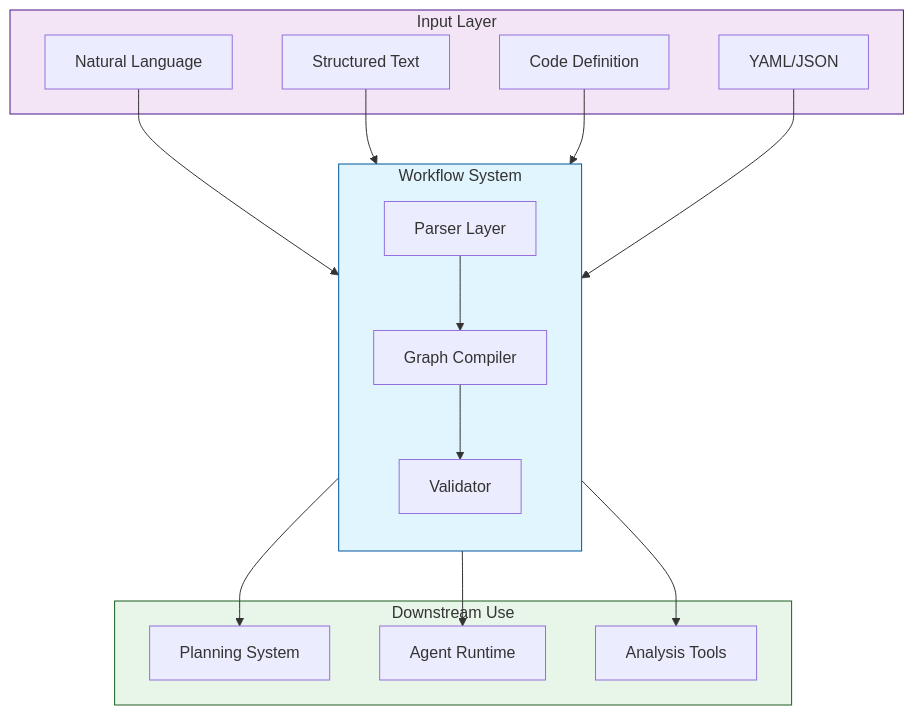
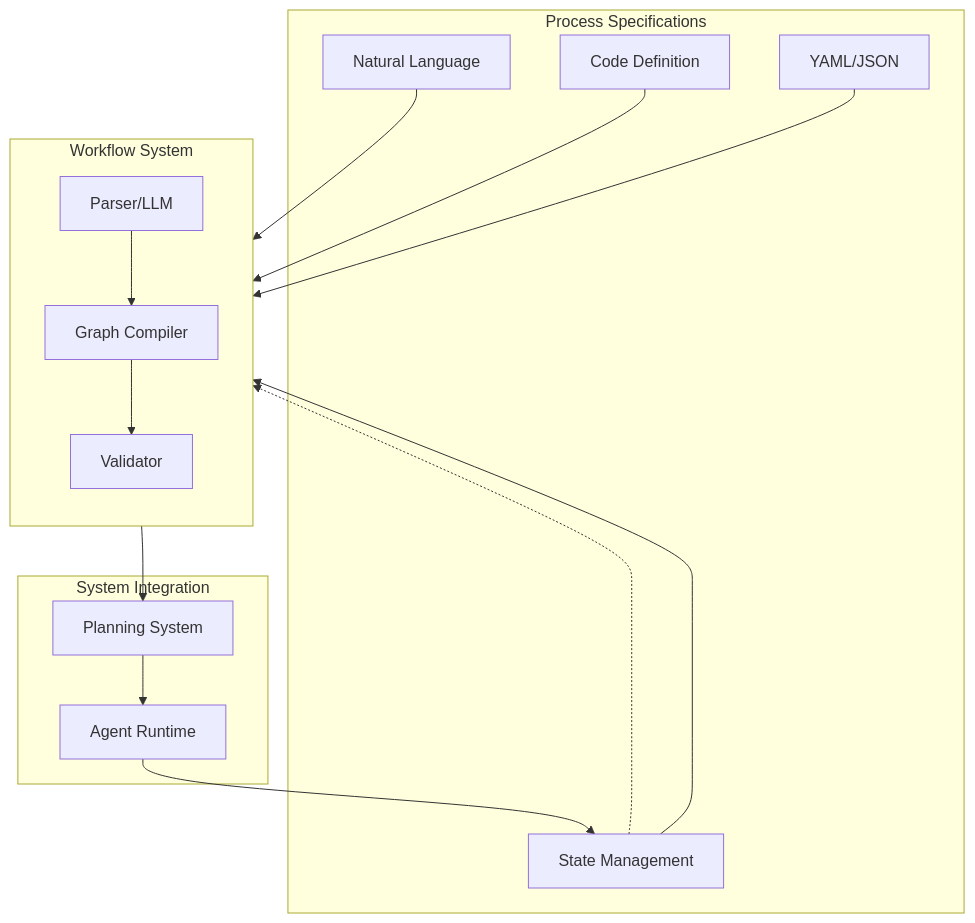
One commit to aitomatic/dana changed the first of 2 diagrams in dxa/core/workflow/README.md. Above: the diagram before and after it, drawn with Mermaid. The commit also changed other lines of this file, not shown here.

````diff
--- a/dxa/core/workflow/README.md
+++ b/dxa/core/workflow/README.md
@@ -15,45 +15,36 @@
 ```mermaid
 graph TB
-    subgraph Inputs ["Input Layer"]
+    subgraph Inputs ["Process Specifications"]
         NL[Natural Language]
         ST[Structured Text]
         CD[Code Definition]
         YM[YAML/JSON]
     end
     
     subgraph Workflow ["Workflow System"]
         direction TB
-        P[Parser Layer]
+        P[Parser/LLM]
         G[Graph Compiler]
         V[Validator]
         
         P --> G
         G --> V
     end
     
-    subgraph Outputs ["Downstream Use"]
+    subgraph Integration ["System Integration"]
         PL[Planning System]
         AG[Agent Runtime]
-        AN[Analysis Tools]
+        ST[State Management]
     end
+    
+    V --> PL
+    PL --> AG
+    AG --> ST
+    ST -.-> V
     
     %% Input connections
     NL --> P
     ST --> P
     CD --> P
     YM --> P
-    
-    %% Output connections
-    V --> PL
-    V --> AG
-    V --> AN
-    
-    %% Styling
-    classDef system fill:#e1f5fe,stroke:#01579b
-    classDef input fill:#f3e5f5,stroke:#4a148c
-    classDef output fill:#e8f5e9,stroke:#1b5e20
-    
-    class Workflow system
-    class Inputs input
-    class Outputs output
 ```
````
